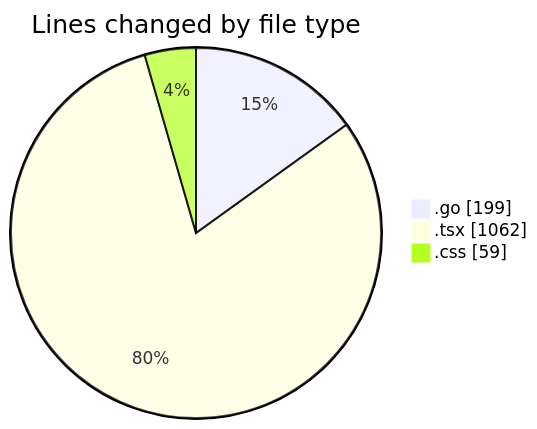
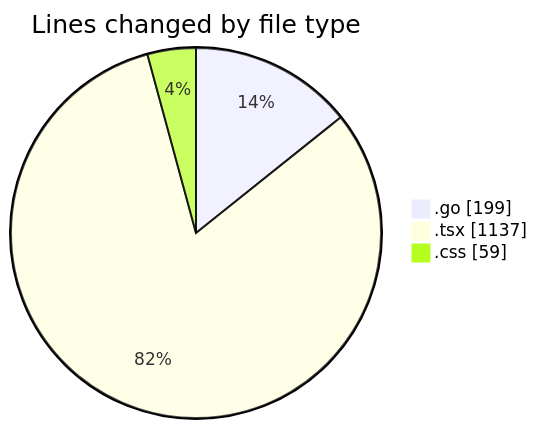
The first of 2 diagrams in 2025-03-11/termonied_testador/README.md (robertbonfada/code-tracking), drawn with Mermaid before and after one commit. The commit also changed other lines of this file and 1 other file, not shown here.

````diff
--- a/2025-03-11/termonied_testador/README.md
+++ b/2025-03-11/termonied_testador/README.md
@@ -28,7 +28,7 @@
 ```mermaid
 pie showData
 title Lines changed by file type
 ".go" : 199
-".tsx" : 1062
+".tsx" : 1137
 ".css" : 59
 ```
````
